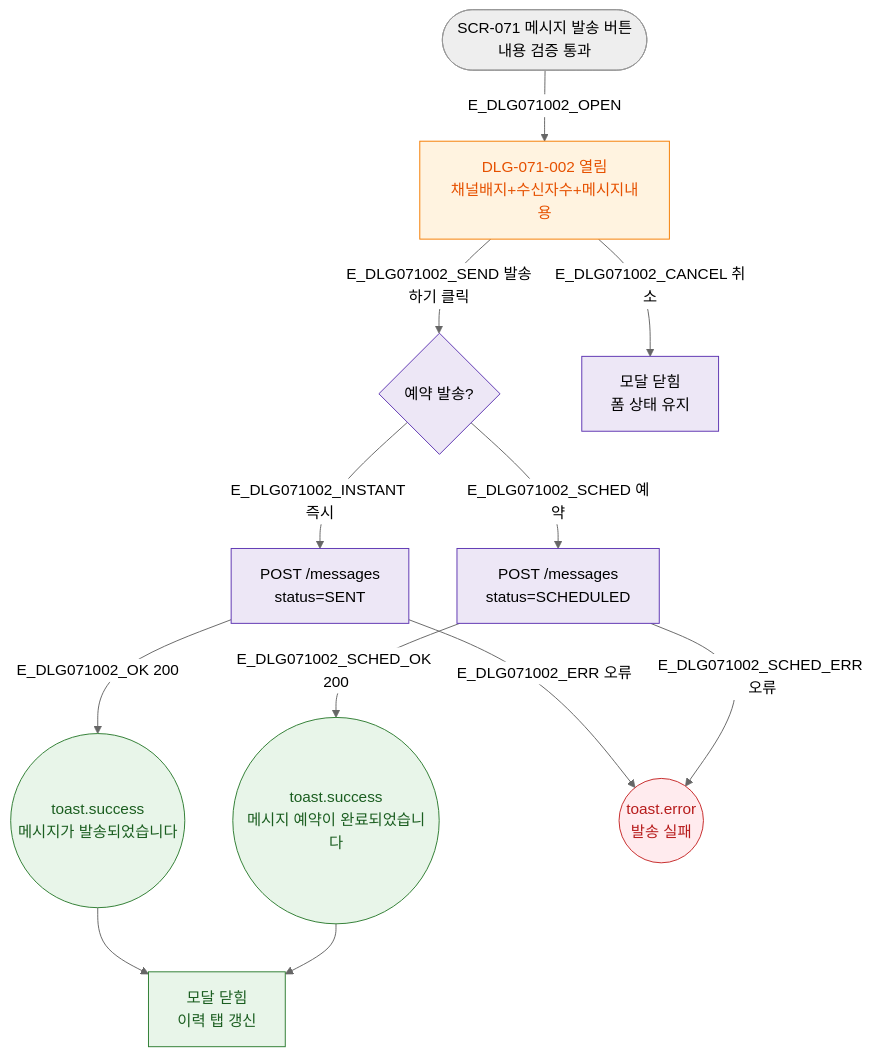
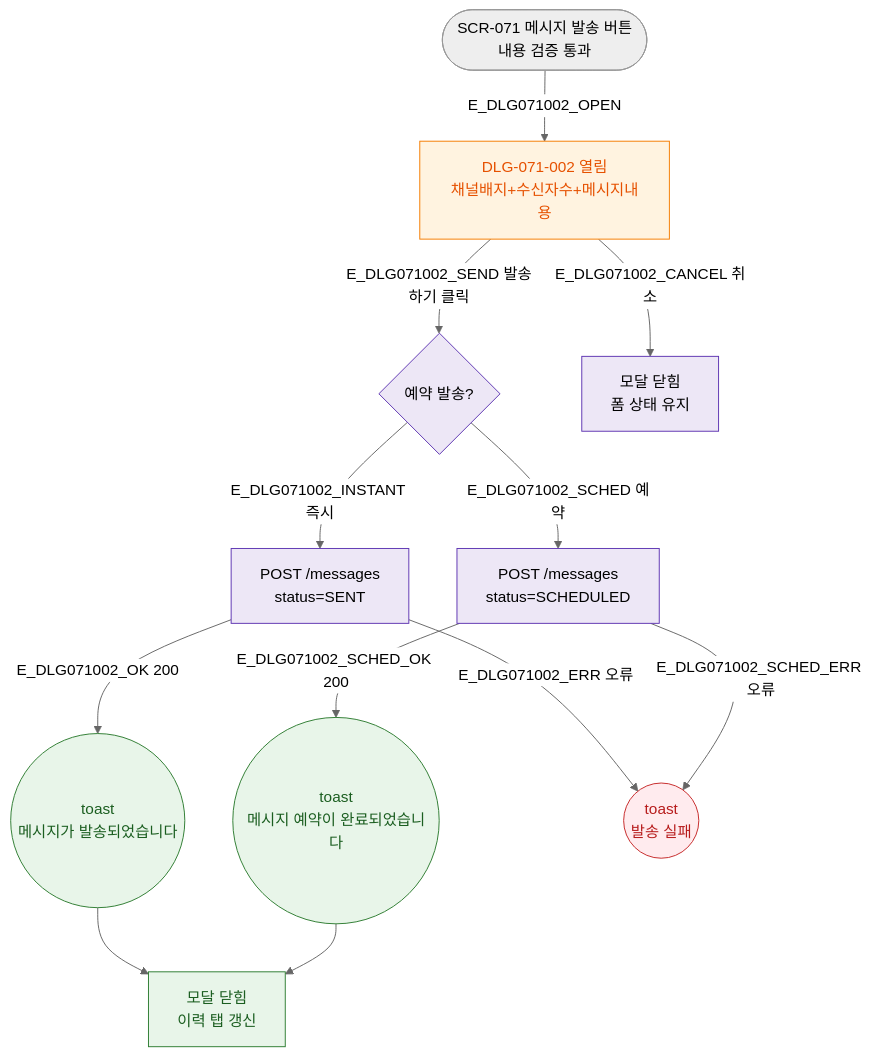
The diagram in docs/다이어그램/D08_마케팅/DLG/DLG-071-002_발송미리보기/M1_생명주기.md (dev-spogym/admin-pando), drawn with Mermaid (neutral theme) before and after one commit. The commit also changed other lines of this file and 1660 other files, not shown here.

First line of the commit message:
다이어그램: 기획자/클라이언트 납품본으로 정리

````diff
--- a/docs/다이어그램/D08_마케팅/DLG/DLG-071-002_발송미리보기/M1_생명주기.md
+++ b/docs/다이어그램/D08_마케팅/DLG/DLG-071-002_발송미리보기/M1_생명주기.md
@@ -14,27 +12,27 @@
 ```mermaid
 flowchart TD
-  TRIGGER([SCR-071 메시지 발송 버튼\n내용 검증 통과]) -->|E_DLG071002_OPEN| MODAL[DLG-071-002 열림\n채널배지+수신자수+메시지내용]
-  MODAL -->|E_DLG071002_SEND 발송하기 클릭| RESERVE{예약 발송?}
-  MODAL -->|E_DLG071002_CANCEL 취소| CLOSE[모달 닫힘\n폼 상태 유지]
+  TRIGGER([SCR-071 메시지 발송 버튼\n내용 검증 통과]) -->|E_DLG071002_OPEN|MODAL[DLG-071-002 열림\n채널배지+수신자수+메시지내용]
+  MODAL -->|E_DLG071002_SEND 발송하기 클릭|RESERVE{예약 발송?}
+  MODAL -->|E_DLG071002_CANCEL 취소|CLOSE[모달 닫힘\n폼 상태 유지]
 
-  RESERVE -->|E_DLG071002_INSTANT 즉시| API_INSTANT[POST /messages\nstatus=SENT]
-  RESERVE -->|E_DLG071002_SCHED 예약| API_SCHED[POST /messages\nstatus=SCHEDULED]
+  RESERVE -->|E_DLG071002_INSTANT 즉시|API_INSTANT[POST /messages\nstatus=SENT]
+  RESERVE -->|E_DLG071002_SCHED 예약|API_SCHED[POST /messages\nstatus=SCHEDULED]
 
-  API_INSTANT -->|E_DLG071002_OK 200| T_OK((toast.success\n메시지가 발송되었습니다))
-  API_SCHED -->|E_DLG071002_SCHED_OK 200| T_SCHED((toast.success\n메시지 예약이 완료되었습니다))
-  API_INSTANT -->|E_DLG071002_ERR 오류| T_ERR((toast.error\n발송 실패))
-  API_SCHED -->|E_DLG071002_SCHED_ERR 오류| T_ERR
+  API_INSTANT -->|E_DLG071002_OK 200|T_OK((toast\n메시지가 발송되었습니다))
+  API_SCHED -->|E_DLG071002_SCHED_OK 200|T_SCHED((toast\n메시지 예약이 완료되었습니다))
+  API_INSTANT -->|E_DLG071002_ERR 오류|T_ERR((toast\n발송 실패))
+  API_SCHED -->|E_DLG071002_SCHED_ERR 오류|T_ERR
 
   T_OK --> CLOSE_OK[모달 닫힘\n이력 탭 갱신]
   T_SCHED --> CLOSE_OK
 
-  classDef modal       fill:#FFF3E0,stroke:#F57C00,color:#E65100
-  classDef success     fill:#E8F5E9,stroke:#2E7D32,color:#1B5E20
-  classDef error       fill:#FFEBEE,stroke:#C62828,color:#B71C1C
-  classDef system      fill:#EDE7F6,stroke:#5E35B2
+  classDef modal fill:#FFF3E0,stroke:#F57C00,color:#E65100
+  classDef success fill:#E8F5E9,stroke:#2E7D32,color:#1B5E20
+  classDef error fill:#FFEBEE,stroke:#C62828,color:#B71C1C
+  classDef system fill:#EDE7F6,stroke:#5E35B2
 
   class MODAL modal
   class T_OK,T_SCHED,CLOSE_OK success
   class T_ERR error
   class RESERVE,API_INSTANT,API_SCHED,CLOSE system
 ```
````
